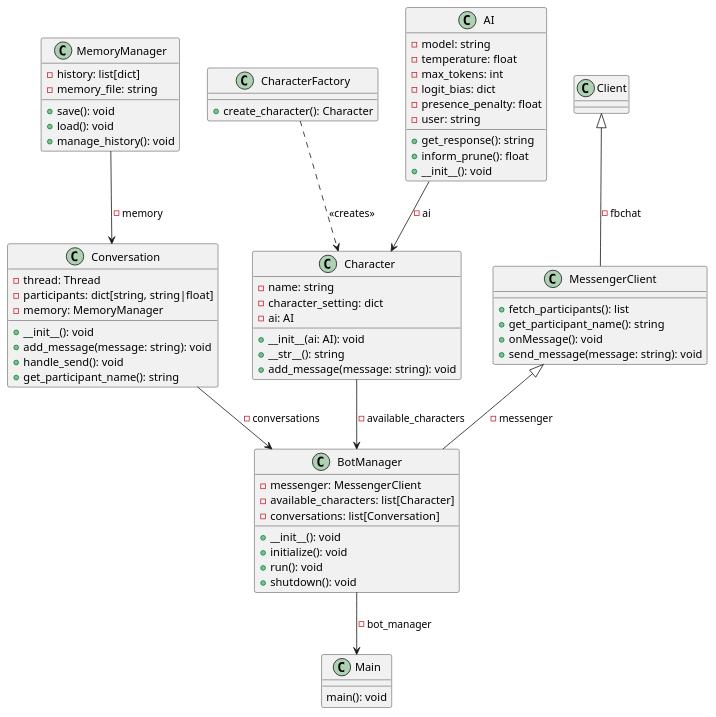
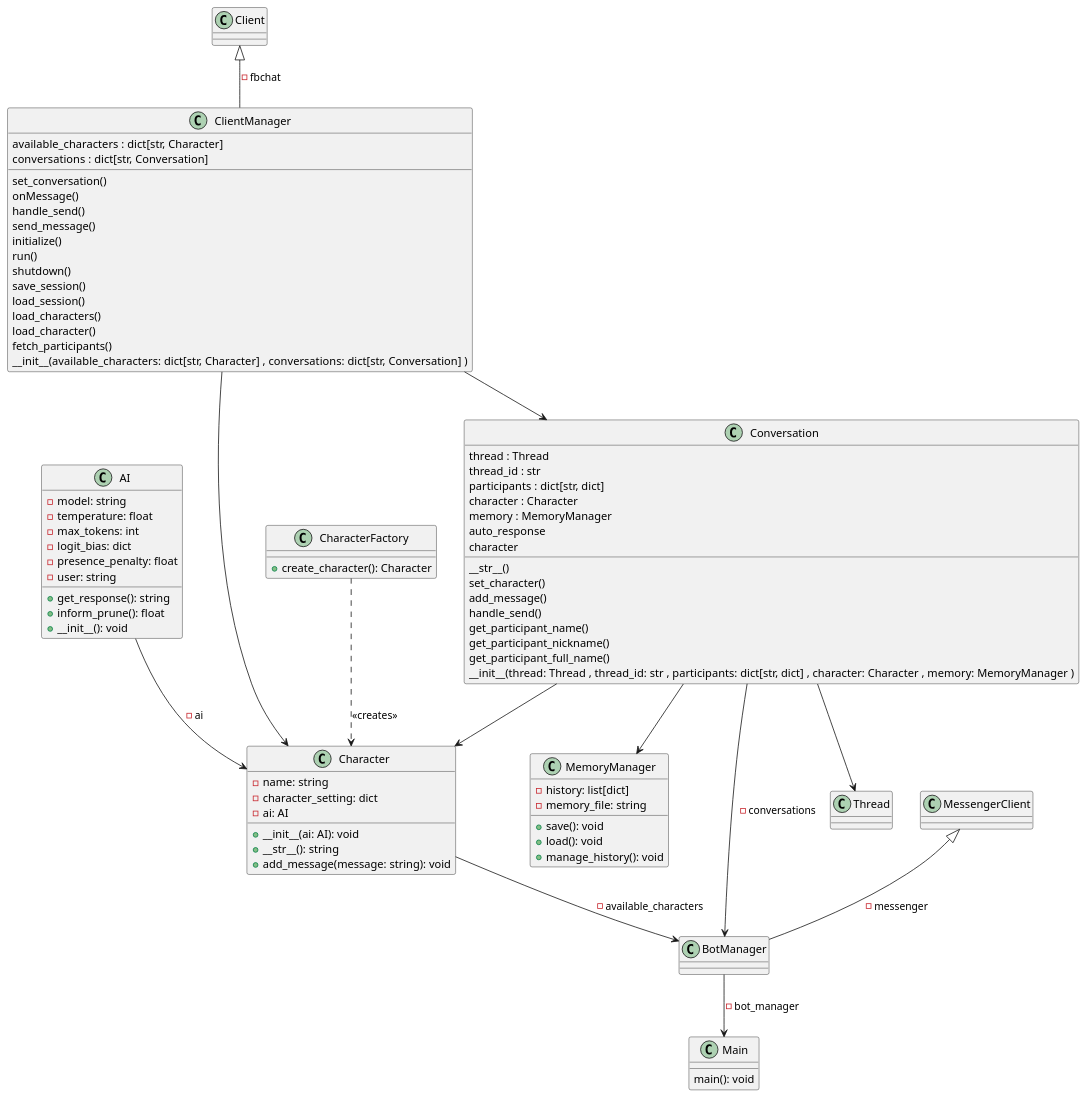
Before and after one commit to Pelcitko/GlumBot: the diagram in arch.puml, drawn with PlantUML. The commit also changed 11 other files, not shown here.

```diff
--- a/arch.puml
+++ b/arch.puml
@@ -1,76 +1,89 @@
 @startuml
 ' !theme sketchy-outline
 
 AI --> Character : -ai
-MemoryManager --> Conversation : -memory
 Character --> BotManager : -available_characters
 CharacterFactory ..> Character : <<creates>>
 Conversation --> BotManager : -conversations
-Client <|-- MessengerClient : -fbchat
+Conversation --> Thread
+Conversation --> Character
+Conversation --> MemoryManager
+Client <|-- ClientManager : -fbchat
+ClientManager --> Character
+ClientManager --> Conversation
 MessengerClient <|-- BotManager : -messenger
 BotManager --> Main : -bot_manager
 
 class AI {
     +get_response(): string
     +inform_prune(): float
     +__init__(): void
     -model: string
     -temperature: float
     -max_tokens: int
     -logit_bias: dict
     -presence_penalty: float
     -user: string
 }
 
 class Character {
     +__init__(ai: AI): void
     +__str__(): string
     +add_message(message: string): void
     -name: string
     -character_setting: dict
     -ai: AI
 }
 
 class MemoryManager {
     +save(): void
     +load(): void
     +manage_history(): void
     -history: list[dict]
     -memory_file: string
 }
 
 class Conversation {
-    +__init__(): void
-    +add_message(message: string): void
-    +handle_send(): void
-    +get_participant_name(): string
-    -thread: Thread
-    -participants: dict[string, string|float]
-    -memory: MemoryManager
+    __str__()
+    set_character()
+    add_message()
+    handle_send()
+    get_participant_name()
+    get_participant_nickname()
+    get_participant_full_name()
+        thread : Thread 
+    thread_id : str 
+    participants : dict[str, dict] 
+    character : Character 
+    memory : MemoryManager 
+    auto_response
+    character
+    __init__(thread: Thread , thread_id: str , participants: dict[str, dict] , character: Character , memory: MemoryManager )
 }
 
-class MessengerClient {
-    +fetch_participants(): list
-    +get_participant_name(): string
-    +onMessage(): void
-    +send_message(message: string): void
-}
-
-class BotManager {
-    +__init__(): void
-    +initialize(): void
-    +run(): void
-    +shutdown(): void
-    -messenger: MessengerClient
-    -available_characters: list[Character]
-    -conversations: list[Conversation]
+class ClientManager {
+    set_conversation()
+    onMessage()
+    handle_send()
+    send_message()
+    initialize()
+    run()
+    shutdown()
+    save_session()
+    load_session()
+    load_characters()
+    load_character()
+    fetch_participants()
+    available_characters : dict[str, Character] 
+    conversations : dict[str, Conversation] 
+    __init__(available_characters: dict[str, Character] , conversations: dict[str, Conversation] )
 }
 
 class CharacterFactory {
     +create_character(): Character
 }
 
 class Main {
     main(): void
 }
 @enduml
```
